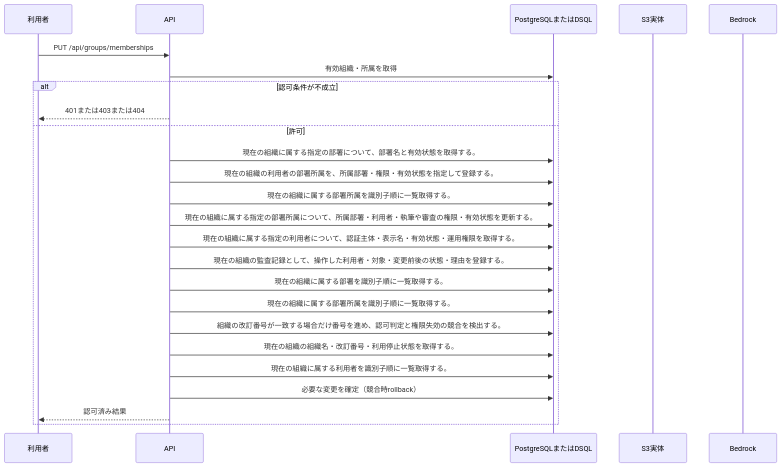
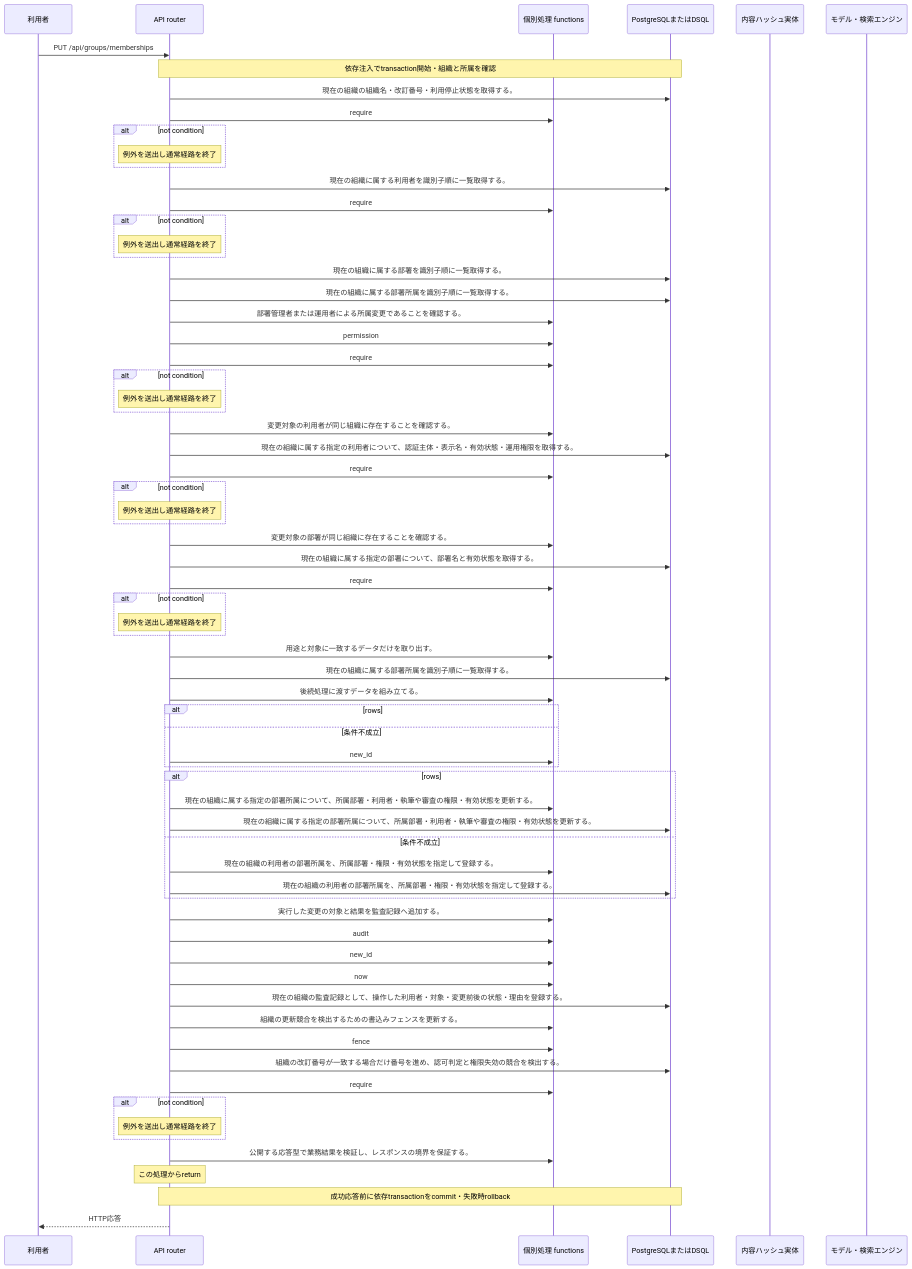
The diagram in docs/design/generated/api/groups/change_membership/sequence.md (tsuji-tomonori/KotoRelay), drawn with Mermaid before and after one commit. The commit also changed other lines of this file and 424 other files, not shown here.

````diff
--- a/docs/design/generated/api/groups/change_membership/sequence.md
+++ b/docs/design/generated/api/groups/change_membership/sequence.md
@@ -7,27 +7,71 @@
 ```mermaid
 sequenceDiagram
     participant U as 利用者
-    participant A as API
+    participant A as API router
+    participant F as 個別処理 functions
     participant D as PostgreSQLまたはDSQL
-    participant S as S3実体
-    participant M as Bedrock
+    participant S as 内容ハッシュ実体
+    participant M as モデル・検索エンジン
     U->>A: PUT /api/groups/memberships
-    A->>D: 有効組織・所属を取得
-    alt 認可条件が不成立
-        A-->>U: 401または403または404
-    else 許可
-        A->>D: 現在の組織に属する指定の部署について、部署名と有効状態を取得する。
-        A->>D: 現在の組織の利用者の部署所属を、所属部署・権限・有効状態を指定して登録する。
-        A->>D: 現在の組織に属する部署所属を識別子順に一覧取得する。
-        A->>D: 現在の組織に属する指定の部署所属について、所属部署・利用者・執筆や審査の権限・有効状態を更新する。
-        A->>D: 現在の組織に属する指定の利用者について、認証主体・表示名・有効状態・運用権限を取得する。
-        A->>D: 現在の組織の監査記録として、操作した利用者・対象・変更前後の状態・理由を登録する。
-        A->>D: 現在の組織に属する部署を識別子順に一覧取得する。
-        A->>D: 現在の組織に属する部署所属を識別子順に一覧取得する。
-        A->>D: 組織の改訂番号が一致する場合だけ番号を進め、認可判定と権限失効の競合を検出する。
-        A->>D: 現在の組織の組織名・改訂番号・利用停止状態を取得する。
-        A->>D: 現在の組織に属する利用者を識別子順に一覧取得する。
-        A->>D: 必要な変更を確定（競合時rollback）
-        A-->>U: 認可済み結果
+    Note over A,D: 依存注入でtransaction開始・組織と所属を確認
+    A->>D: 現在の組織の組織名・改訂番号・利用停止状態を取得する。
+    A->>F: require
+    alt not condition
+    Note over A: 例外を送出し通常経路を終了
     end
+    A->>D: 現在の組織に属する利用者を識別子順に一覧取得する。
+    A->>F: require
+    alt not condition
+    Note over A: 例外を送出し通常経路を終了
+    end
+    A->>D: 現在の組織に属する部署を識別子順に一覧取得する。
+    A->>D: 現在の組織に属する部署所属を識別子順に一覧取得する。
+    A->>F: 部署管理者または運用者による所属変更であることを確認する。
+    A->>F: permission
+    A->>F: require
+    alt not condition
+    Note over A: 例外を送出し通常経路を終了
+    end
+    A->>F: 変更対象の利用者が同じ組織に存在することを確認する。
+    A->>D: 現在の組織に属する指定の利用者について、認証主体・表示名・有効状態・運用権限を取得する。
+    A->>F: require
+    alt not condition
+    Note over A: 例外を送出し通常経路を終了
+    end
+    A->>F: 変更対象の部署が同じ組織に存在することを確認する。
+    A->>D: 現在の組織に属する指定の部署について、部署名と有効状態を取得する。
+    A->>F: require
+    alt not condition
+    Note over A: 例外を送出し通常経路を終了
+    end
+    A->>F: 用途と対象に一致するデータだけを取り出す。
+    A->>D: 現在の組織に属する部署所属を識別子順に一覧取得する。
+    A->>F: 後続処理に渡すデータを組み立てる。
+    alt rows
+    else 条件不成立
+    A->>F: new_id
+    end
+    alt rows
+    A->>F: 現在の組織に属する指定の部署所属について、所属部署・利用者・執筆や審査の権限・有効状態を更新する。
+    A->>D: 現在の組織に属する指定の部署所属について、所属部署・利用者・執筆や審査の権限・有効状態を更新する。
+    else 条件不成立
+    A->>F: 現在の組織の利用者の部署所属を、所属部署・権限・有効状態を指定して登録する。
+    A->>D: 現在の組織の利用者の部署所属を、所属部署・権限・有効状態を指定して登録する。
+    end
+    A->>F: 実行した変更の対象と結果を監査記録へ追加する。
+    A->>F: audit
+    A->>F: new_id
+    A->>F: now
+    A->>D: 現在の組織の監査記録として、操作した利用者・対象・変更前後の状態・理由を登録する。
+    A->>F: 組織の更新競合を検出するための書込みフェンスを更新する。
+    A->>F: fence
+    A->>D: 組織の改訂番号が一致する場合だけ番号を進め、認可判定と権限失効の競合を検出する。
+    A->>F: require
+    alt not condition
+    Note over A: 例外を送出し通常経路を終了
+    end
+    A->>F: 公開する応答型で業務結果を検証し、レスポンスの境界を保証する。
+    Note over A: この処理からreturn
+    Note over A,D: 成功応答前に依存transactionをcommit・失敗時rollback
+    A-->>U: HTTP応答
 ```
````
